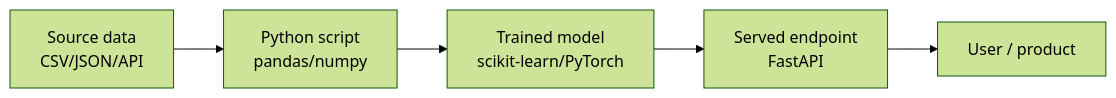
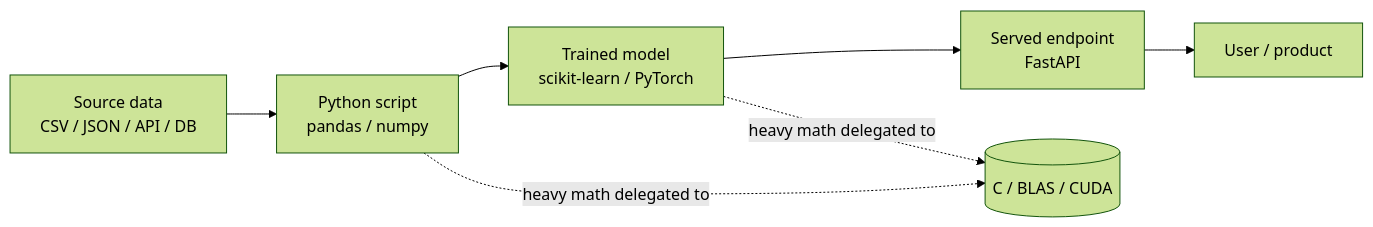
The first of 2 diagrams in roadmap/phase-0-prerequisites/01-python-for-ai.md (ABHIRAM3007/itp), drawn with Mermaid (forest theme) before and after one commit. The commit also changed other lines of this file and 23 other files, not shown here.

````diff
--- a/roadmap/phase-0-prerequisites/01-python-for-ai.md
+++ b/roadmap/phase-0-prerequisites/01-python-for-ai.md
@@ -92,7 +77,9 @@
 ```mermaid
 flowchart LR
-    A[Source data<br/>CSV/JSON/API] --> B[Python script<br/>pandas/numpy]
-    B --> C[Trained model<br/>scikit-learn/PyTorch]
+    A[Source data<br/>CSV / JSON / API / DB] --> B[Python script<br/>pandas / numpy]
+    B --> C[Trained model<br/>scikit-learn / PyTorch]
     C --> D[Served endpoint<br/>FastAPI]
     D --> E[User / product]
+    B -. "heavy math delegated to" .-> F[(C / BLAS / CUDA)]
+    C -. "heavy math delegated to" .-> F
 ```
````
